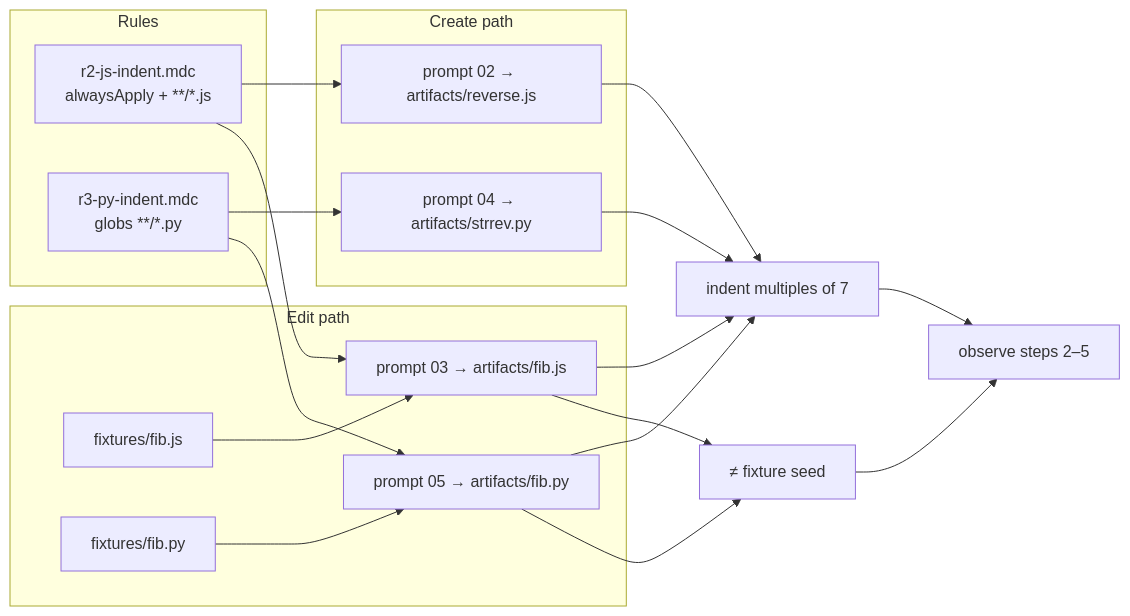
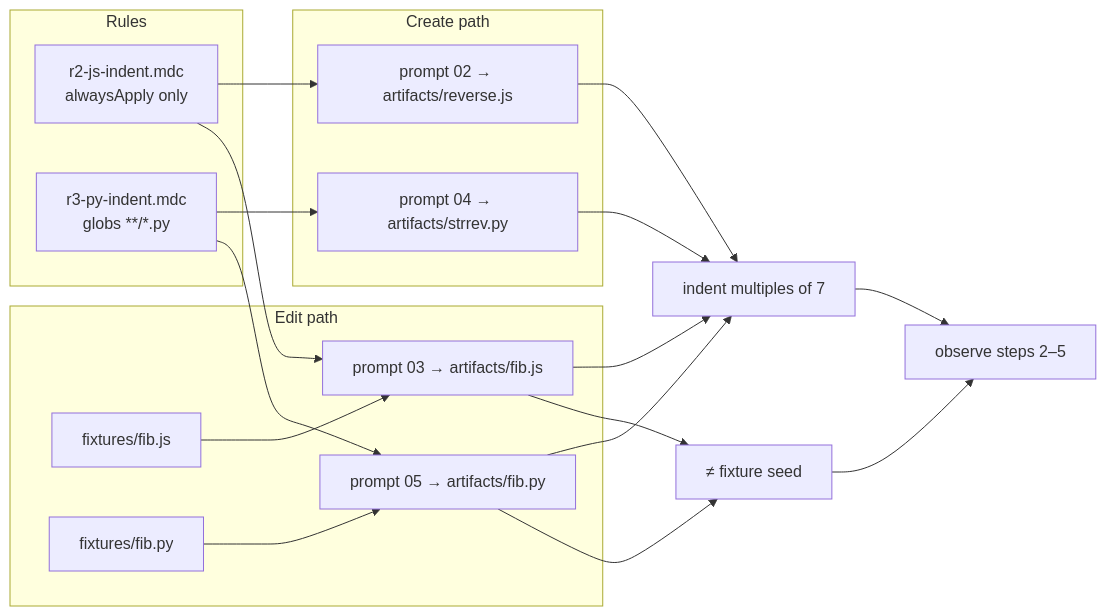
Before and after one commit to Texarkanine/open-plugins-surface-test: the diagram in memory-bank/active/tasks.md, drawn with Mermaid. The commit also changed other lines of this file and 2 other files, not shown here.

Commit message:
chore: amend r2-r3 plan — alwaysApply only, no compound mode

````diff
--- a/memory-bank/active/tasks.md
+++ b/memory-bank/active/tasks.md
@@ -15,35 +15,35 @@
 ```mermaid
 flowchart LR
     subgraph Rules
-        R2["r2-js-indent.mdc<br/>alwaysApply + **/*.js"]
+        R2["r2-js-indent.mdc<br/>alwaysApply only"]
         R3["r3-py-indent.mdc<br/>globs **/*.py"]
     end
 
     subgraph Create["Create path"]
         P2["prompt 02 → artifacts/reverse.js"]
         P4["prompt 04 → artifacts/strrev.py"]
     end
 
     subgraph Edit["Edit path"]
         FJS["fixtures/fib.js"]
         FPY["fixtures/fib.py"]
         P3["prompt 03 → artifacts/fib.js"]
         P5["prompt 05 → artifacts/fib.py"]
         FJS --> P3
         FPY --> P5
     end
 
     R2 --> P2
     R2 --> P3
     R3 --> P4
     R3 --> P5
 
     P2 --> IND["indent multiples of 7"]
     P4 --> IND
     P3 --> IND
     P5 --> IND
     P3 --> MOD["≠ fixture seed"]
     P5 --> MOD
     IND --> OBS["observe steps 2–5"]
     MOD --> OBS
 ```
````
